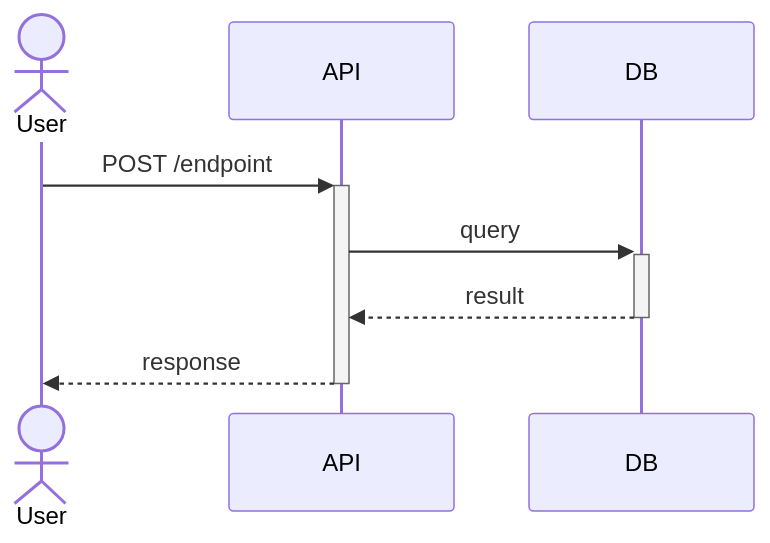
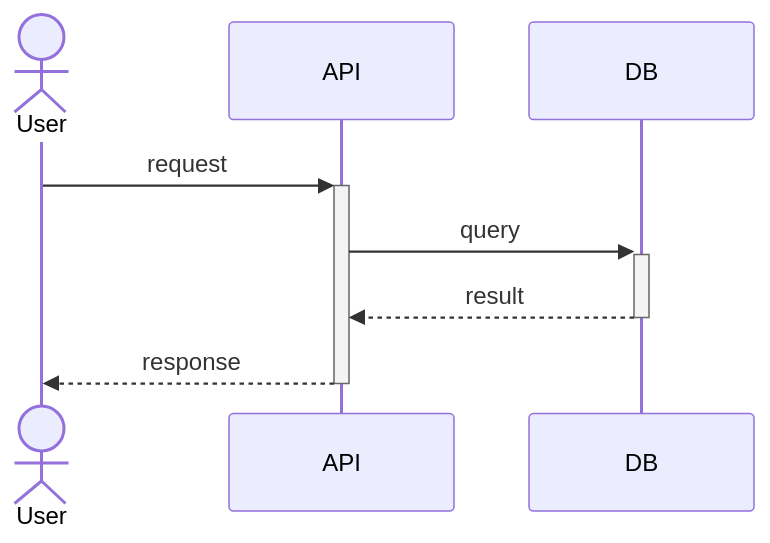
One commit to liamc225/diagram-skill changed the third of 4 diagrams in diagram.md. Above: the diagram before and after it, drawn with Mermaid. The commit also changed other lines of this file and 2 other files, not shown here.

````diff
--- a/diagram.md
+++ b/diagram.md
@@ -111,8 +70,8 @@
 ```mermaid
 sequenceDiagram
     actor User
-    User->>+API: POST /endpoint
+    User->>+API: request
     API->>+DB: query
     DB-->>-API: result
     API-->>-User: response
 ```
````
